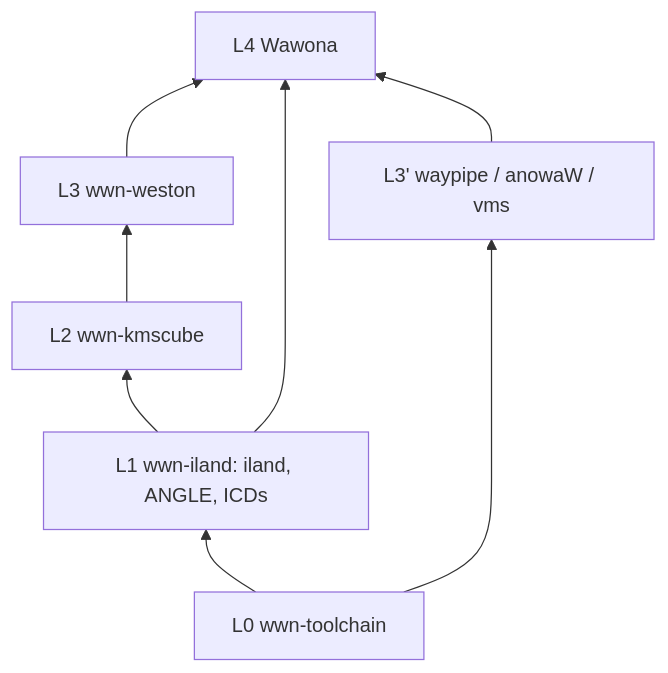
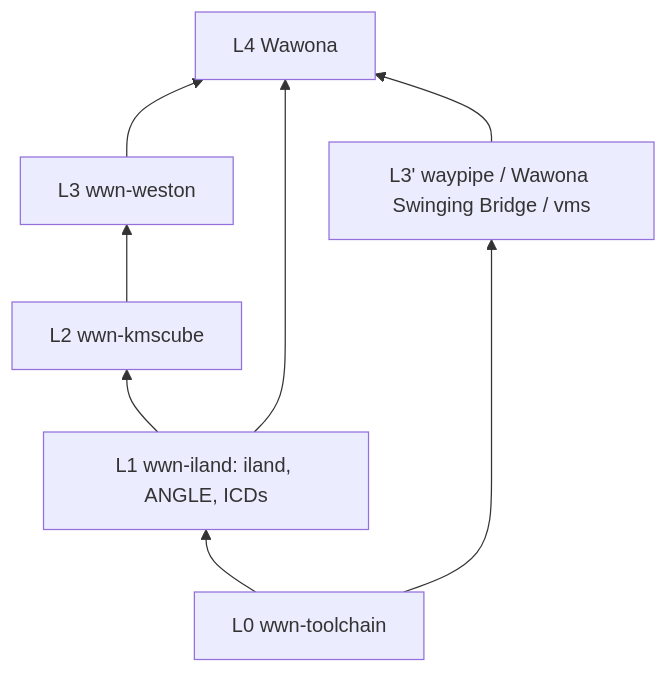
One commit to Wawona/Wawona changed the diagram in docs/wwn-repo-dag.md. Above: the diagram before and after it, drawn with Mermaid. The commit also changed other lines of this file and 38 other files, not shown here.

First line of the commit message:
Rename anowaW to Wawona Swinging Bridge

````diff
--- a/docs/wwn-repo-dag.md
+++ b/docs/wwn-repo-dag.md
@@ -31,12 +31,12 @@
 ```mermaid
 flowchart BT
   tc[L0 wwn-toolchain]
   il[L1 wwn-iland: iland, ANGLE, ICDs]
   km[L2 wwn-kmscube]
   we[L3 wwn-weston]
-  wp[L3' waypipe / anowaW / vms]
+  wp[L3' waypipe / Wawona Swinging Bridge / vms]
   wa[L4 Wawona]
   tc --> il --> km --> we --> wa
   tc --> wp --> wa
   il --> wa
 ```
````
